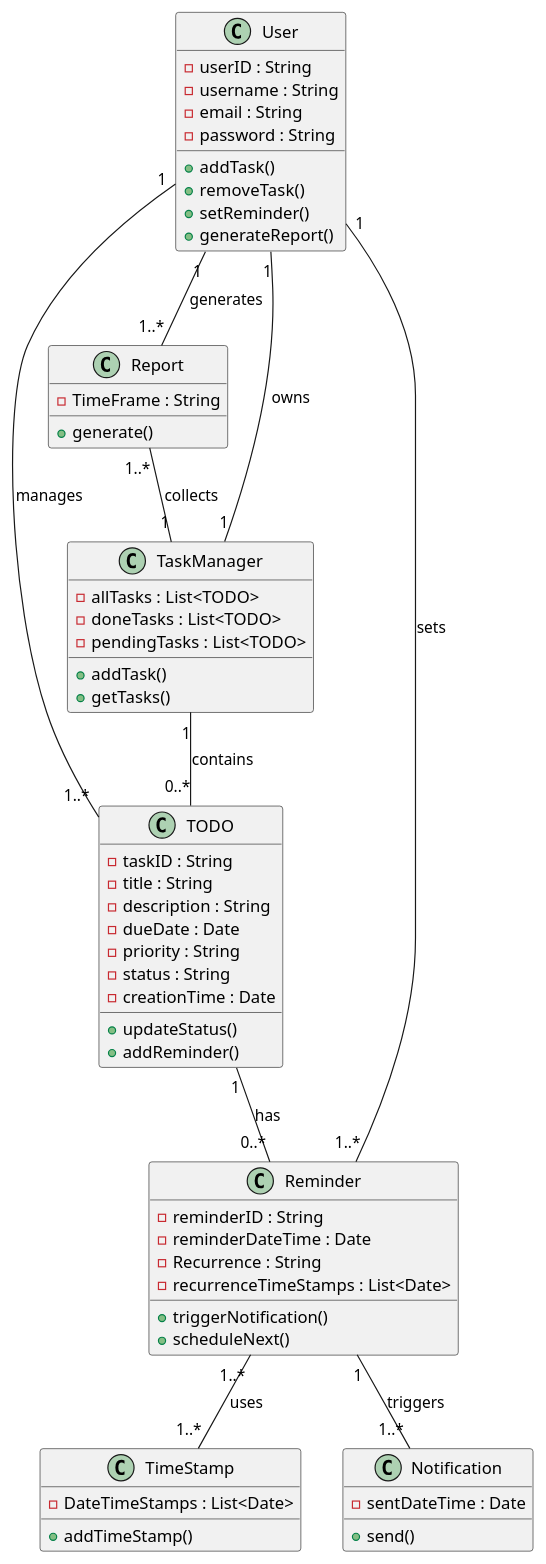
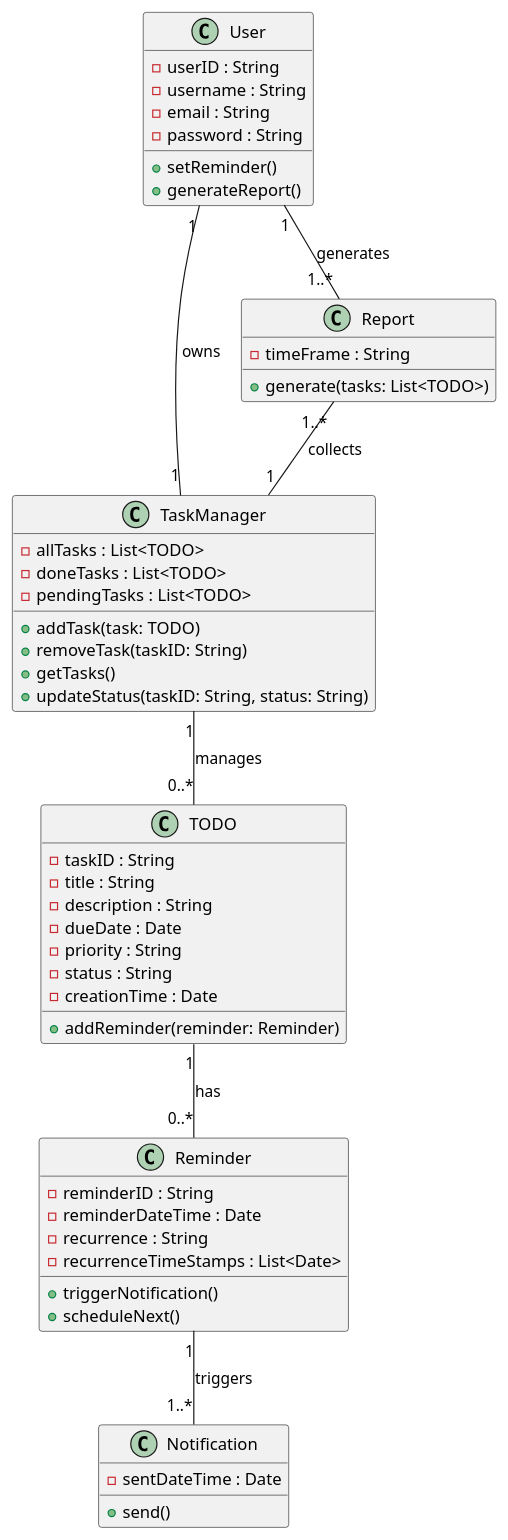
Before and after one commit to rofidakhaled/On-Time: the diagram in classdiagram/class_diagram.puml, drawn with PlantUML.

Commit message:
update class_diagram

```diff
--- a/classdiagram/class_diagram.puml
+++ b/classdiagram/class_diagram.puml
@@ -1,70 +1,59 @@
 @startuml
-
 
 class User {
     - userID : String
     - username : String
     - email : String
     - password : String
-    + addTask()
-    + removeTask()
     + setReminder()
     + generateReport()
+}
+
+class TaskManager {
+    - allTasks : List<TODO>
+    - doneTasks : List<TODO>
+    - pendingTasks : List<TODO>
+    + addTask(task: TODO)
+    + removeTask(taskID: String)
+    + getTasks()
+    + updateStatus(taskID: String, status: String)
 }
 
 class TODO {
     - taskID : String
     - title : String
     - description : String
     - dueDate : Date
     - priority : String
     - status : String
     - creationTime : Date
-    + updateStatus()
-    + addReminder()
-}
-
-class TaskManager {
-    - allTasks : List<TODO>
-    - doneTasks : List<TODO>
-    - pendingTasks : List<TODO>
-    + addTask()
-    + getTasks()
+    + addReminder(reminder: Reminder)
 }
 
 class Reminder {
     - reminderID : String
     - reminderDateTime : Date
-    - Recurrence : String
+    - recurrence : String
     - recurrenceTimeStamps : List<Date>
     + triggerNotification()
     + scheduleNext()
-}
-
-class TimeStamp {
-    - DateTimeStamps : List<Date>
-    + addTimeStamp()
 }
 
 class Notification {
     - sentDateTime : Date
     + send()
 }
 
 class Report {
-    - TimeFrame : String
-    + generate()
+    - timeFrame : String
+    + generate(tasks: List<TODO>)
 }
 
-
 User "1" -- "1" TaskManager : owns
-TaskManager "1" -- "0..*" TODO : contains
+TaskManager "1" -- "0..*" TODO : manages
 TODO "1" -- "0..*" Reminder : has
 Reminder "1" -- "1..*" Notification : triggers
-User "1" -- "1..*" TODO : manages
-User "1" -- "1..*" Reminder : sets
 User "1" -- "1..*" Report : generates
 Report "1..*" -- "1" TaskManager : collects
-Reminder "1..*" -- "1..*" TimeStamp : uses
 
 @enduml
```
